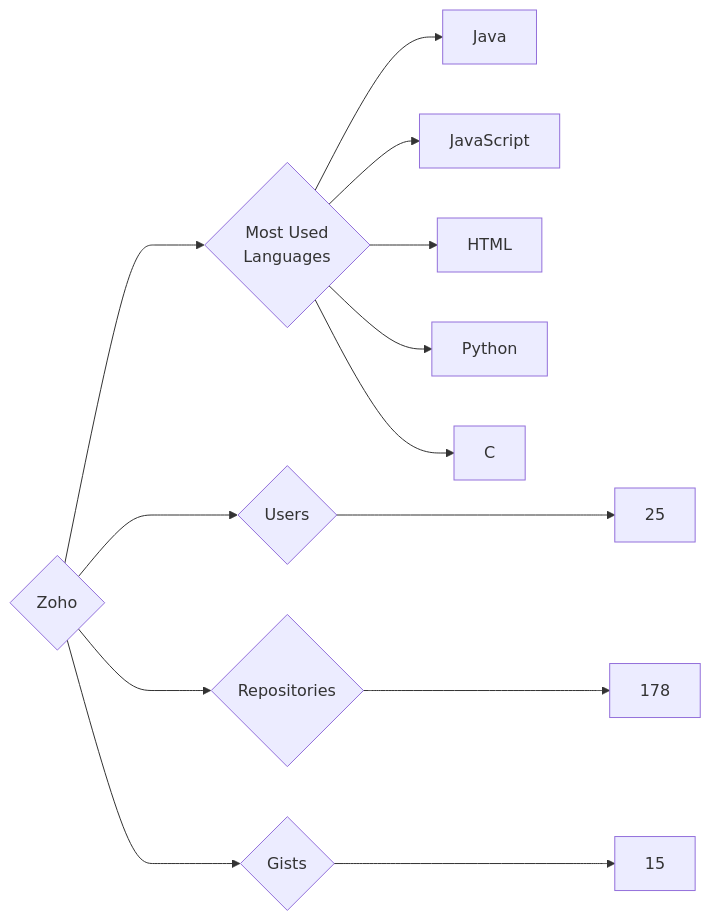
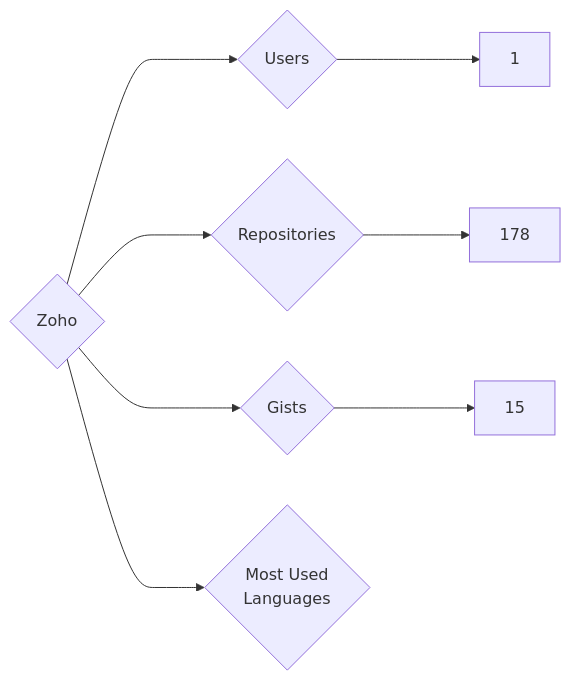
The diagram in targets/Zoho/README.md (trickest/insiders), drawn with Mermaid before and after one commit. The commit also changed 806 other files, not shown here.

````diff
--- a/targets/Zoho/README.md
+++ b/targets/Zoho/README.md
@@ -3,13 +3,8 @@
 ```mermaid
 graph LR
 COMPANY_NAME{Zoho}
-COMPANY_NAME ---> U{Users} ---> UN[25]
+COMPANY_NAME ---> U{Users} ---> UN[1]
 COMPANY_NAME ---> R{Repositories} ---> RN[178]
 COMPANY_NAME ---> G{Gists} ---> GN[15]
 COMPANY_NAME ---> ML{Most Used<br>Languages}
-ML --> Java[Java]
-ML --> JavaScript[JavaScript]
-ML --> HTML[HTML]
-ML --> Python[Python]
-ML --> C[C]
 ```
````
